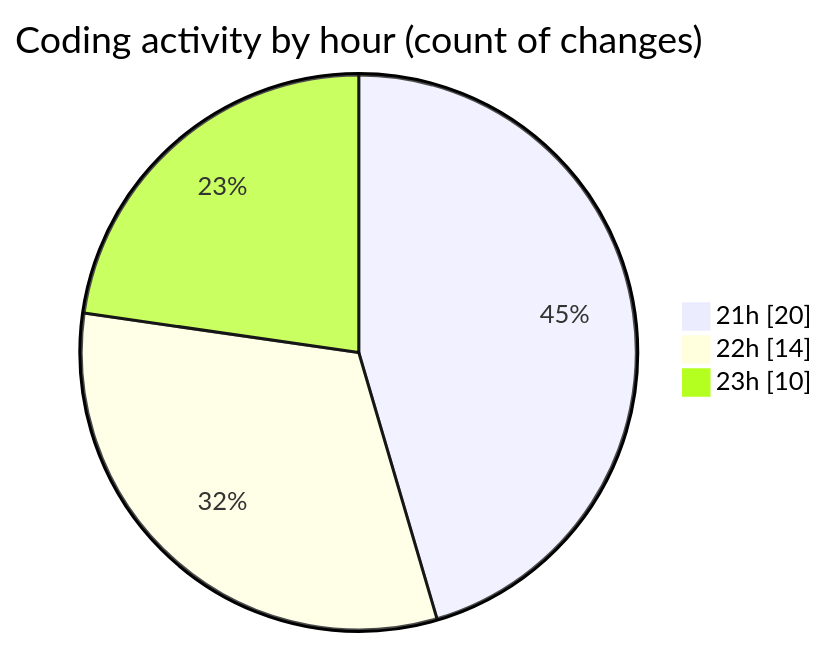
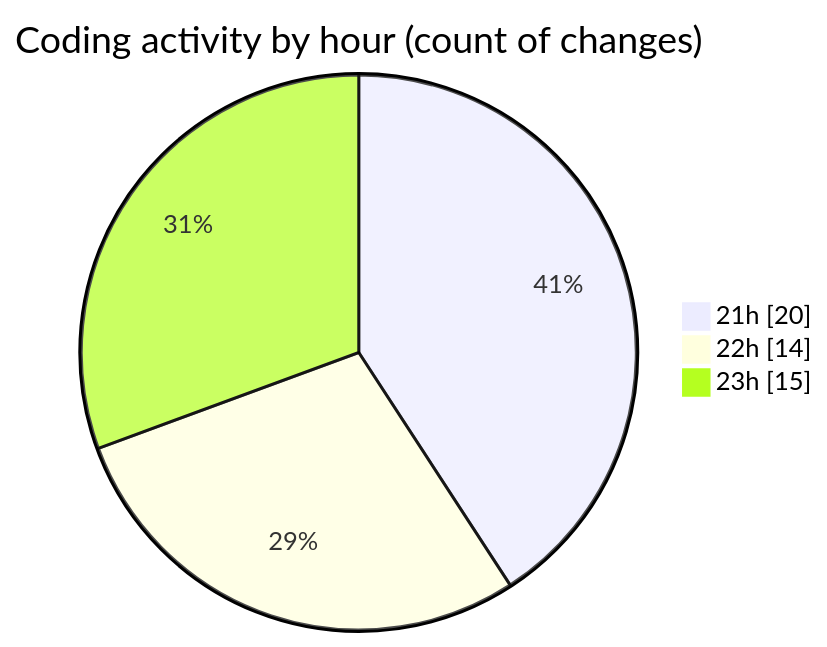
Before and after one commit to Ritupan-Deka/code-tracking: the second of 2 diagrams in 2025-06-01/projects/README.md, drawn with Mermaid. The commit also changed other lines of this file and 1 other file, not shown here.

````diff
--- a/2025-06-01/projects/README.md
+++ b/2025-06-01/projects/README.md
@@ -37,7 +42,7 @@
 ```mermaid
 pie showData
 title Coding activity by hour (count of changes)
 "21h" : 20
 "22h" : 14
-"23h" : 10
+"23h" : 15
 ```
````
